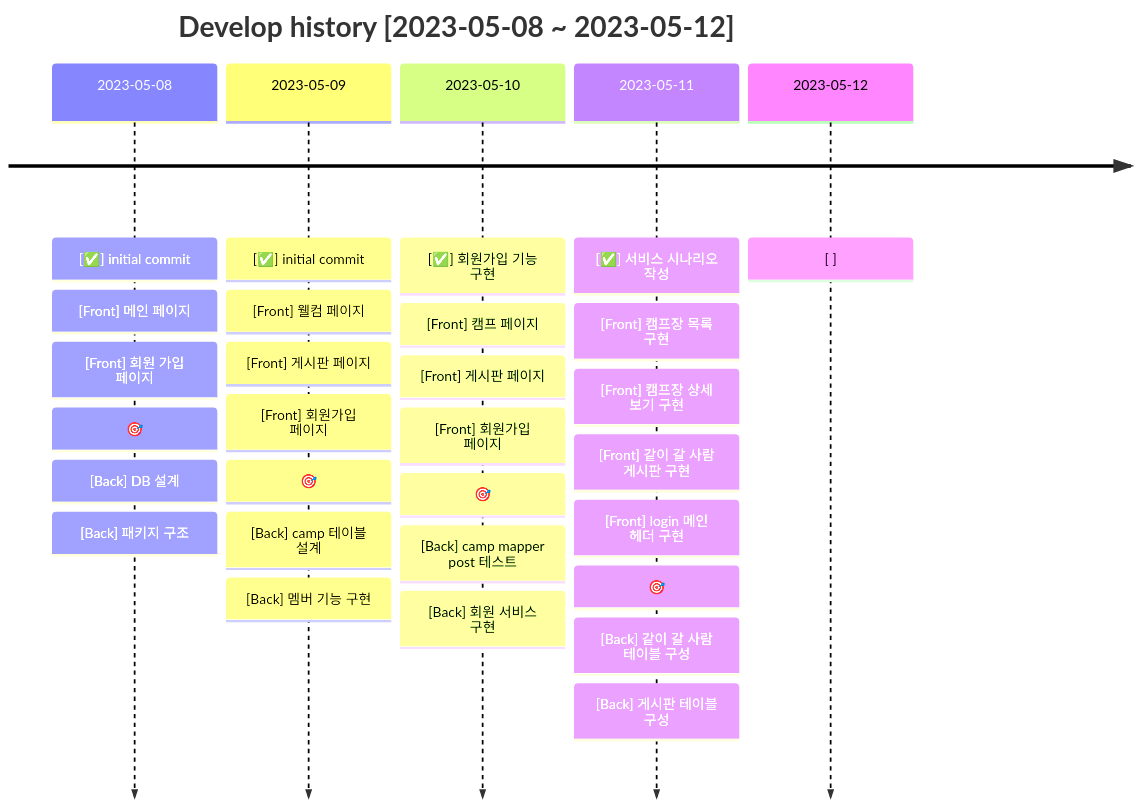
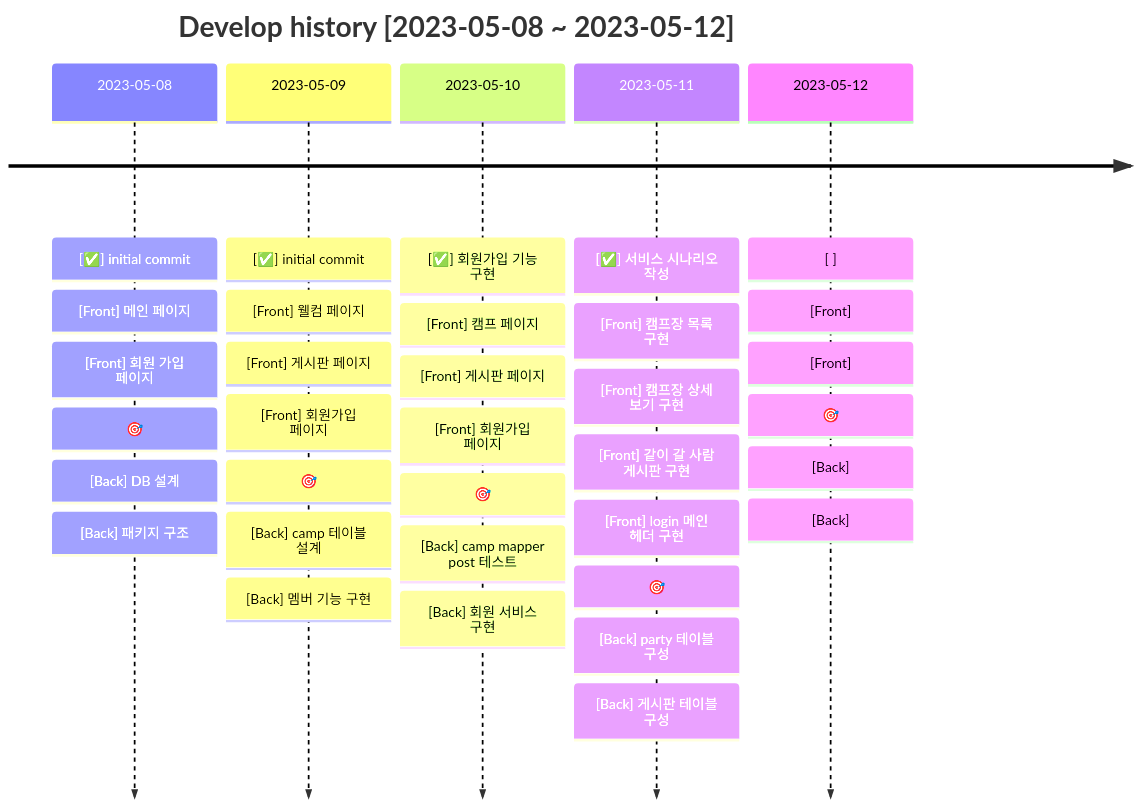
The first of 6 diagrams in docs/README.md (Choongang-Third-Project/jeju-campking), drawn with Mermaid before and after one commit. The commit also changed other lines of this file and 12 other files, not shown here.

````diff
--- a/docs/README.md
+++ b/docs/README.md
@@ -65,33 +66,38 @@
 ```mermaid
 timeline
     title Develop history [2023-05-08 ~ 2023-05-12]
     2023-05-08: [✅] initial commit
             : [Front] 메인 페이지
             : [Front] 회원 가입 페이지
             : 🎯
             : [Back] DB 설계
             : [Back] 패키지 구조
     2023-05-09: [✅] initial commit
             : [Front] 웰컴 페이지
             : [Front] 게시판 페이지
             : [Front] 회원가입 페이지
             : 🎯
             : [Back] camp 테이블 설계
             : [Back] 멤버 기능 구현
     2023-05-10: [✅] 회원가입 기능 구현
             : [Front] 캠프 페이지
             : [Front] 게시판 페이지
             : [Front] 회원가입 페이지
             : 🎯
             : [Back] camp mapper post 테스트
             : [Back] 회원 서비스 구현
     2023-05-11: [✅] 서비스 시나리오 작성 
             : [Front] 캠프장 목록 구현
             : [Front] 캠프장 상세 보기 구현
             : [Front] 같이 갈 사람 게시판 구현
             : [Front] login 메인 헤더 구현
             : 🎯
-            : [Back] 같이 갈 사람 테이블 구성
+            : [Back] party 테이블 구성
             : [Back] 게시판 테이블 구성
     2023-05-12: [ ]
+            : [Front]
+            : [Front]
+            : 🎯
+            : [Back]
+            : [Back]
 ```
````
